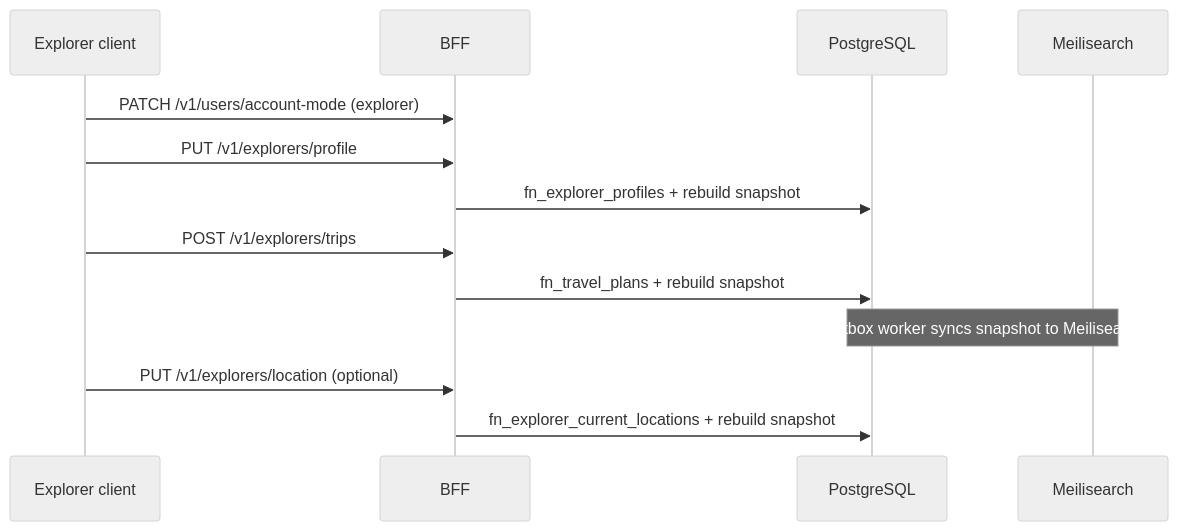
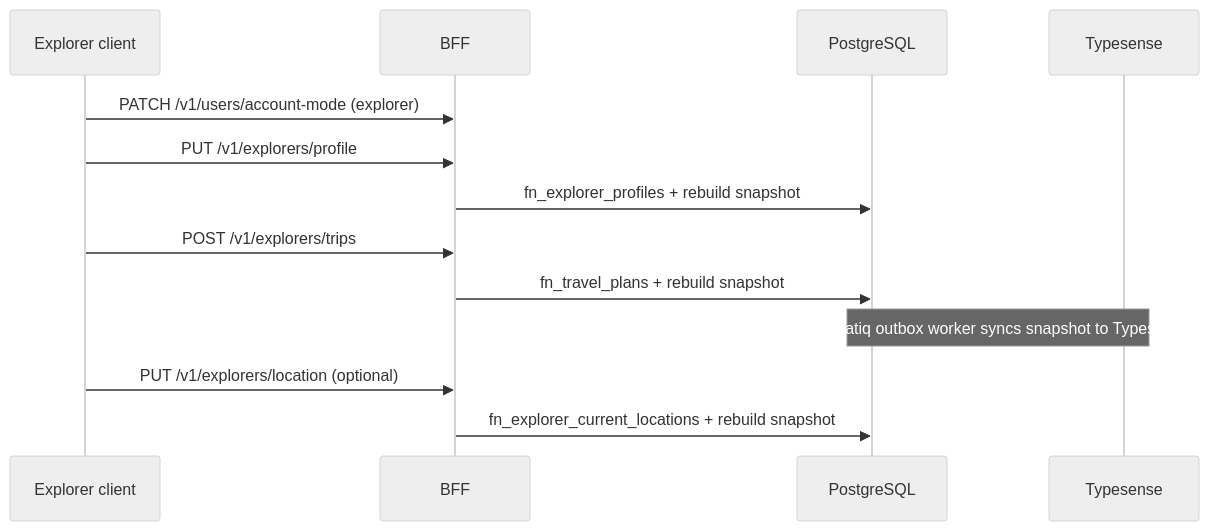
One commit to Premaramkarthik/chatapp-backend changed the second of 3 diagrams in docs/explorers-api.md. Above: the diagram before and after it, drawn with Mermaid (neutral theme). The commit also changed other lines of this file and 110 other files, not shown here.

````diff
--- a/docs/explorers-api.md
+++ b/docs/explorers-api.md
@@ -404,16 +405,16 @@
 ```mermaid
 sequenceDiagram
   participant T as Explorer client
   participant B as BFF
   participant PG as PostgreSQL
-  participant M as Meilisearch
+  participant M as Typesense
 
   T->>B: PATCH /v1/users/account-mode (explorer)
   T->>B: PUT /v1/explorers/profile
   B->>PG: fn_explorer_profiles + rebuild snapshot
   T->>B: POST /v1/explorers/trips
   B->>PG: fn_travel_plans + rebuild snapshot
-  Note over PG,M: Outbox worker syncs snapshot to Meilisearch
+  Note over PG,M: Dramatiq outbox worker syncs snapshot to Typesense
   T->>B: PUT /v1/explorers/location (optional)
   B->>PG: fn_explorer_current_locations + rebuild snapshot
 ```
````
